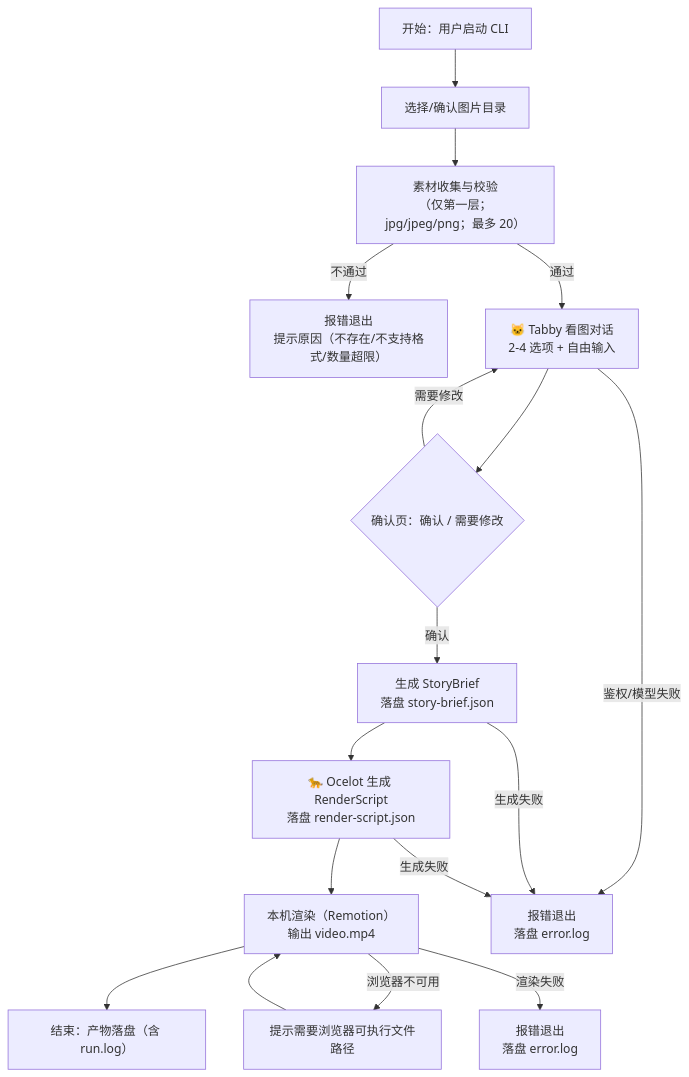
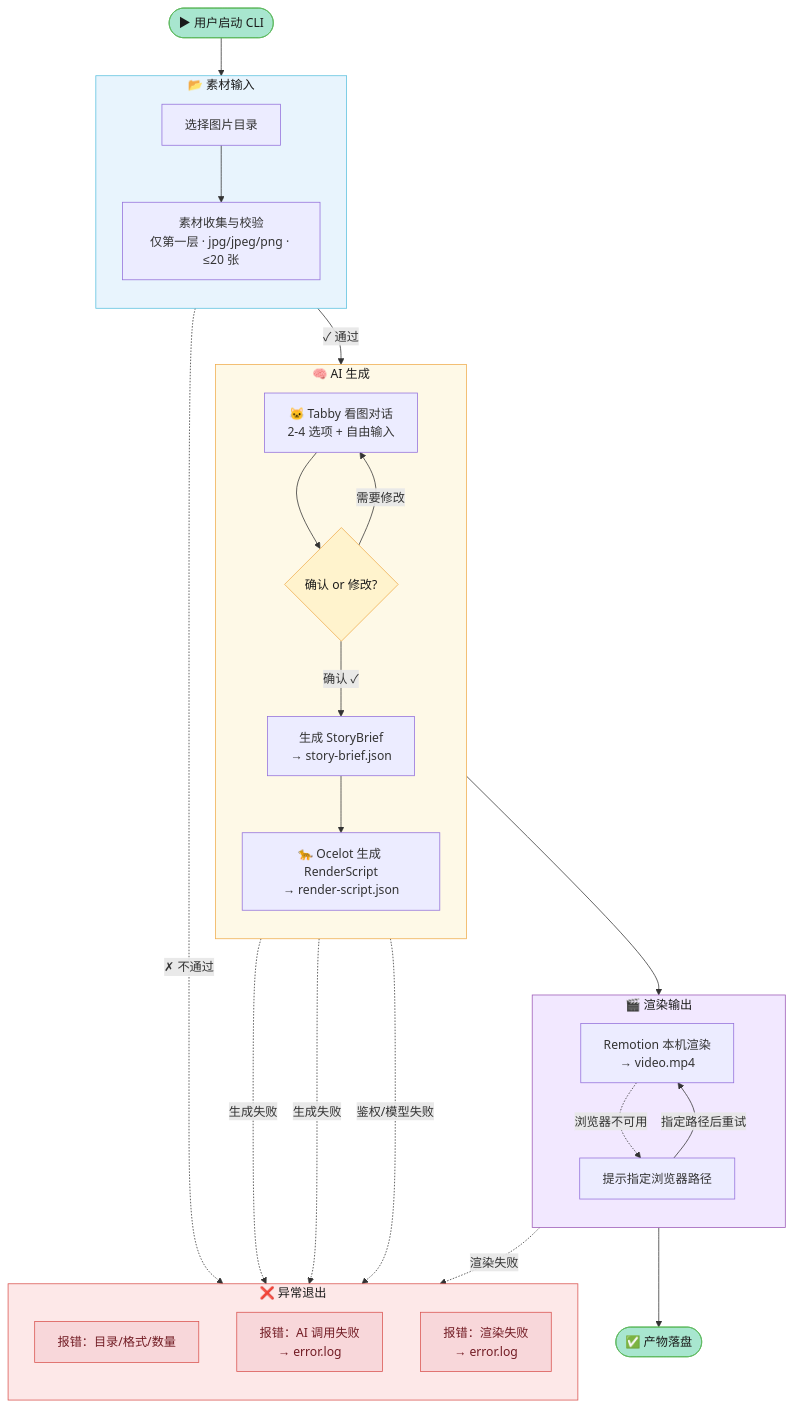
One commit to chiimagnus/LihuaCat changed the diagram in .github/docs/business-logic.md. Above: the diagram before and after it, drawn with Mermaid.

Commit message:
docs: 更新业务逻辑文档中的流程图，优化可读性和结构

````diff
--- a/.github/docs/business-logic.md
+++ b/.github/docs/business-logic.md
@@ -81,24 +81,64 @@
 ```mermaid
 flowchart TD
-  Start["开始：用户启动 CLI"] --> PickDir["选择/确认图片目录"]
-  PickDir --> Intake["素材收集与校验<br/>（仅第一层；jpg/jpeg/png；最多 20）"]
-  Intake -->|不通过| FailInput["报错退出<br/>提示原因（不存在/不支持格式/数量超限）"]
+  Start(["▶ 用户启动 CLI"])
+  Done(["✅ 产物落盘"])
 
-  Intake -->|通过| Tabby["🐱 Tabby 看图对话<br/>2-4 选项 + 自由输入"]
-  Tabby --> Confirm{"确认页：确认 / 需要修改"}
-  Confirm -->|需要修改| Tabby
+  subgraph input ["📂 素材输入"]
+    direction TB
+    PickDir["选择图片目录"]
+    Intake["素材收集与校验<br/>仅第一层 · jpg/jpeg/png · ≤20 张"]
+  end
 
-  Confirm -->|确认| Brief["生成 StoryBrief<br/>落盘 story-brief.json"]
-  Brief --> Ocelot["🐆 Ocelot 生成 RenderScript<br/>落盘 render-script.json"]
-  Ocelot --> Render["本机渲染（Remotion）<br/>输出 video.mp4"]
+  subgraph ai ["🧠 AI 生成"]
+    direction TB
+    Tabby["🐱 Tabby 看图对话<br/>2-4 选项 + 自由输入"]
+    Confirm{"确认 or 修改?"}
+    Brief["生成 StoryBrief<br/>→ story-brief.json"]
+    Ocelot["🐆 Ocelot 生成 RenderScript<br/>→ render-script.json"]
+  end
 
-  Render --> Done["结束：产物落盘（含 run.log）"]
+  subgraph render ["🎬 渲染输出"]
+    direction TB
+    Render["Remotion 本机渲染<br/>→ video.mp4"]
+    NeedBrowser["提示指定浏览器路径"]
+  end
 
-  Tabby -->|鉴权/模型失败| FailAI["报错退出<br/>落盘 error.log"]
-  Brief -->|生成失败| FailAI
-  Ocelot -->|生成失败| FailAI
+  subgraph fail ["❌ 异常退出"]
+    direction TB
+    FailInput["报错：目录/格式/数量"]
+    FailAI["报错：AI 调用失败<br/>→ error.log"]
+    FailRender["报错：渲染失败<br/>→ error.log"]
+  end
 
-  Render -->|浏览器不可用| NeedBrowser["提示需要浏览器可执行文件路径"]
-  NeedBrowser --> Render
-  Render -->|渲染失败| FailRender["报错退出<br/>落盘 error.log"]
+  Start --> PickDir
+  PickDir --> Intake
+  Intake -- "✓ 通过" --> Tabby
+  Intake -. "✗ 不通过" .-> FailInput
+
+  Tabby --> Confirm
+  Confirm -- "需要修改" --> Tabby
+  Confirm -- "确认 ✓" --> Brief
+  Brief --> Ocelot
+
+  Ocelot --> Render
+  Render --> Done
+
+  Tabby -. "鉴权/模型失败" .-> FailAI
+  Brief -. "生成失败" .-> FailAI
+  Ocelot -. "生成失败" .-> FailAI
+
+  Render -. "浏览器不可用" .-> NeedBrowser
+  NeedBrowser -- "指定路径后重试" --> Render
+  Render -. "渲染失败" .-> FailRender
+
+  style Start fill:#a8e6cf,stroke:#5cb85c,color:#1a1a1a
+  style Done fill:#a8e6cf,stroke:#5cb85c,color:#1a1a1a
+  style input fill:#e8f4fd,stroke:#5bc0de,color:#1a1a1a
+  style ai fill:#fef9e7,stroke:#f0ad4e,color:#1a1a1a
+  style render fill:#f2e8ff,stroke:#9b59b6,color:#1a1a1a
+  style fail fill:#fde8e8,stroke:#d9534f,color:#1a1a1a
+  style FailInput fill:#f8d7da,stroke:#d9534f,color:#721c24
+  style FailAI fill:#f8d7da,stroke:#d9534f,color:#721c24
+  style FailRender fill:#f8d7da,stroke:#d9534f,color:#721c24
+  style Confirm fill:#fff3cd,stroke:#f0ad4e,color:#1a1a1a
 ```
````
